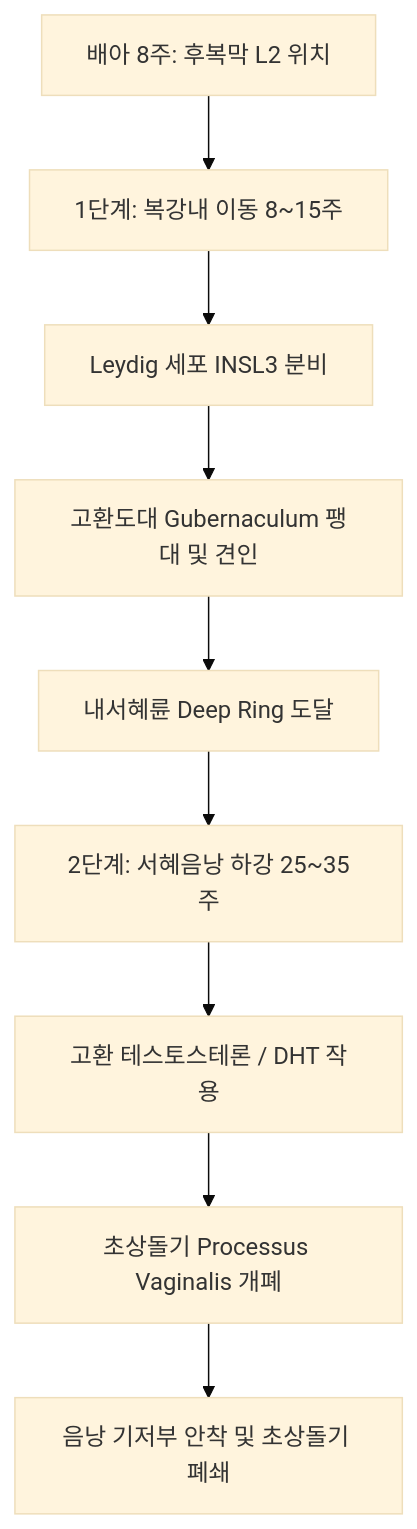
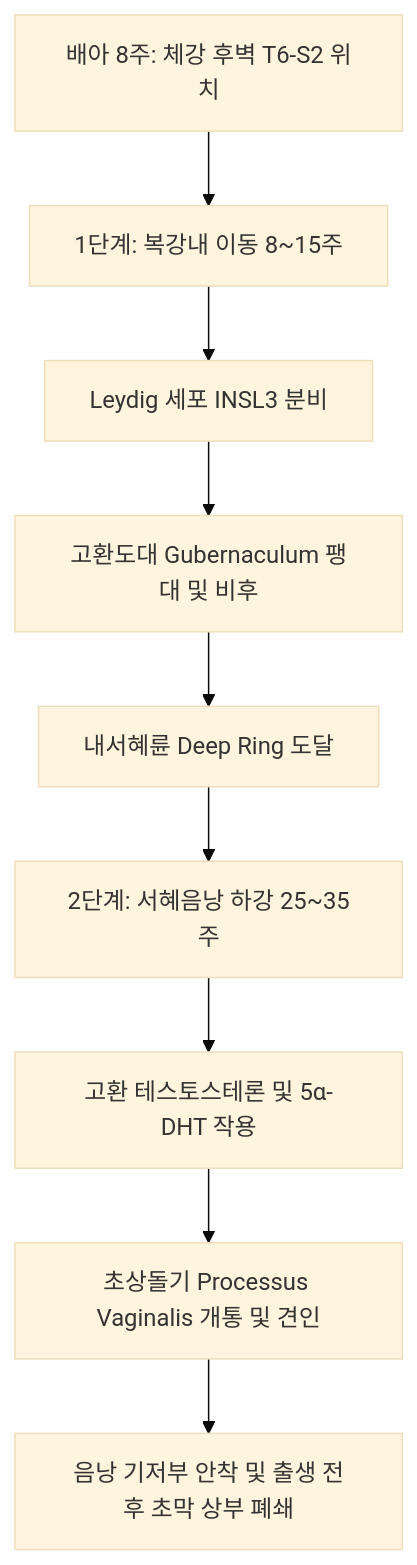
One commit to simbio11/simbio-digital-garden2 changed the diagram in content/5. 독서, 노트/독서/네터해부학/Vol1_생식기계/Day03_음낭_고환_해부생리_질환.md. Above: the diagram before and after it, drawn with Mermaid (base theme). The commit also changed other lines of this file and 3 other files, not shown here.

````diff
--- a/content/5. 독서, 노트/독서/네터해부학/Vol1_생식기계/Day03_음낭_고환_해부생리_질환.md
+++ b/content/5. 독서, 노트/독서/네터해부학/Vol1_생식기계/Day03_음낭_고환_해부생리_질환.md
@@ -142,12 +200,12 @@
 ```mermaid
 graph TD
- Early[배아 8주: 후복막 L2 위치] --> TransAb[1단계: 복강내 이동 8~15주]
+ Early[배아 8주: 체강 후벽 T6-S2 위치] --> TransAb[1단계: 복강내 이동 8~15주]
  TransAb --> INSL3[Leydig 세포 INSL3 분비]
- INSL3 --> Guber1[고환도대 Gubernaculum 팽대 및 견인]
+ INSL3 --> Guber1[고환도대 Gubernaculum 팽대 및 비후]
  Guber1 --> DeepRing[내서혜륜 Deep Ring 도달]
  
  DeepRing --> InguinoScrotal[2단계: 서혜음낭 하강 25~35주]
- InguinoScrotal --> Androgen[고환 테스토스테론 / DHT 작용]
- Androgen --> Processus[초상돌기 Processus Vaginalis 개폐]
- Processus --> ScrotumBottom[음낭 기저부 안착 및 초상돌기 폐쇄]
+ InguinoScrotal --> Androgen[고환 테스토스테론 및 5α-DHT 작용]
+ Androgen --> Processus[초상돌기 Processus Vaginalis 개통 및 견인]
+ Processus --> ScrotumBottom[음낭 기저부 안착 및 출생 전후 초막 상부 폐쇄]
 ```
````
